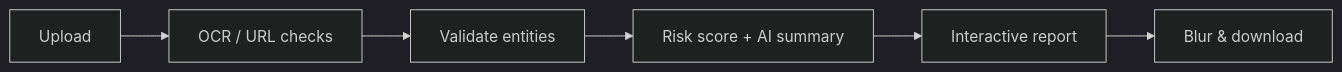
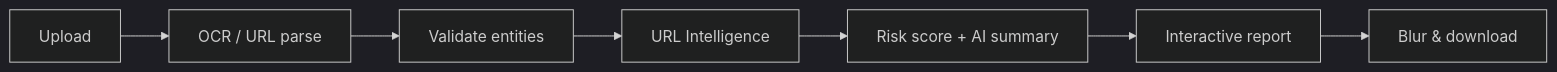
One commit to akshitkanolkar/RiskDetect-AI-OpenAI-Codex-Hackathon changed the diagram in README.md. Above: the diagram before and after it, drawn with Mermaid (dark theme). The commit also changed other lines of this file and 41 other files, not shown here.

````diff
--- a/README.md
+++ b/README.md
@@ -61,8 +62,9 @@
 ```mermaid
 flowchart LR
-  A[Upload] --> B[OCR / URL checks]
+  A[Upload] --> B[OCR / URL parse]
   B --> C[Validate entities]
-  C --> D[Risk score + AI summary]
-  D --> E[Interactive report]
-  E --> F[Blur & download]
+  C --> D[URL Intelligence]
+  D --> E[Risk score + AI summary]
+  E --> F[Interactive report]
+  F --> G[Blur & download]
 ```
````
